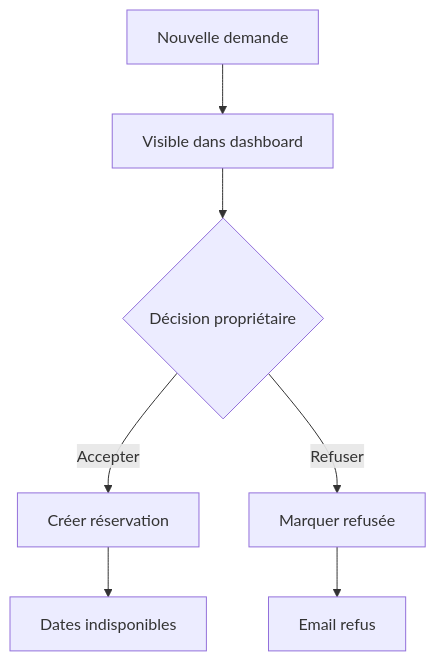
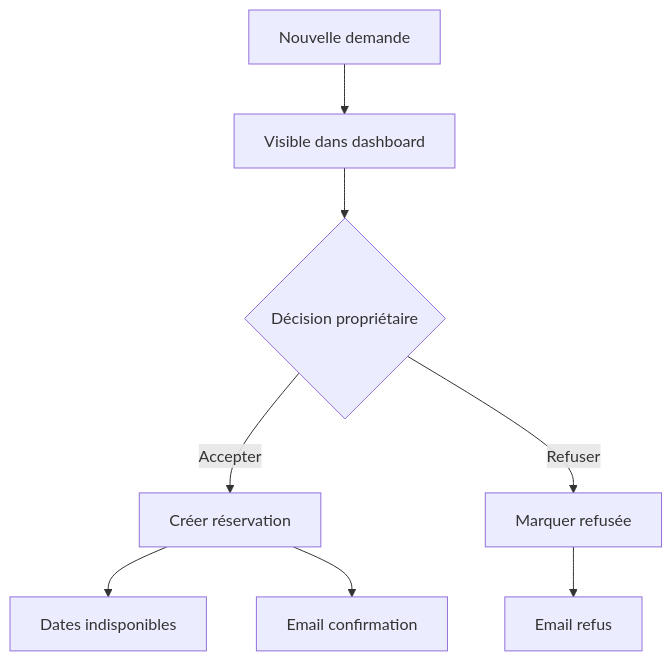
The diagram in docs/04-Dashboard.md (mcornut/le115-docs), drawn with Mermaid before and after one commit.

Commit message:
docs(dashboard): le diagramme du workflow montre l'email de confirmation
L'acceptation notifie désormais le voyageur : la branche « Accepter » du
diagramme gagne le nœud « Email confirmation », en miroir de « Email
refus ».

````diff
--- a/docs/04-Dashboard.md
+++ b/docs/04-Dashboard.md
@@ -224,9 +224,10 @@
 ```mermaid
 flowchart TD
     A[Nouvelle demande] --> B[Visible dans dashboard]
     B --> C{Décision propriétaire}
     C -->|Accepter| D[Créer réservation]
     C -->|Refuser| E[Marquer refusée]
     D --> F[Dates indisponibles]
+    D --> H[Email confirmation]
     E --> G[Email refus]
 ```
````
